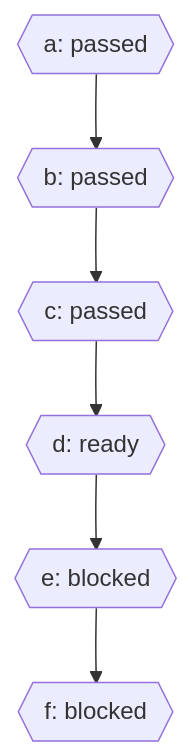
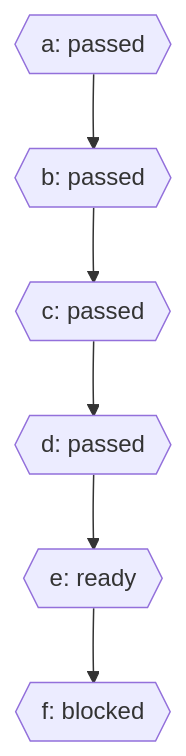
Before and after one commit to gosomea/dsh-task-supervisor: the diagram in docs/10-plans/conversation-and-review-recovery/dag.mmd, drawn with Mermaid. The commit also changed 15 other files, not shown here.

```diff
--- a/docs/10-plans/conversation-and-review-recovery/dag.mmd
+++ b/docs/10-plans/conversation-and-review-recovery/dag.mmd
@@ -1,12 +1,12 @@
 flowchart TD
   a{{"a: passed"}}
   b{{"b: passed"}}
   a --> b
   c{{"c: passed"}}
   b --> c
-  d{{"d: ready"}}
+  d{{"d: passed"}}
   c --> d
-  e{{"e: blocked"}}
+  e{{"e: ready"}}
   d --> e
   f{{"f: blocked"}}
   e --> f
```
